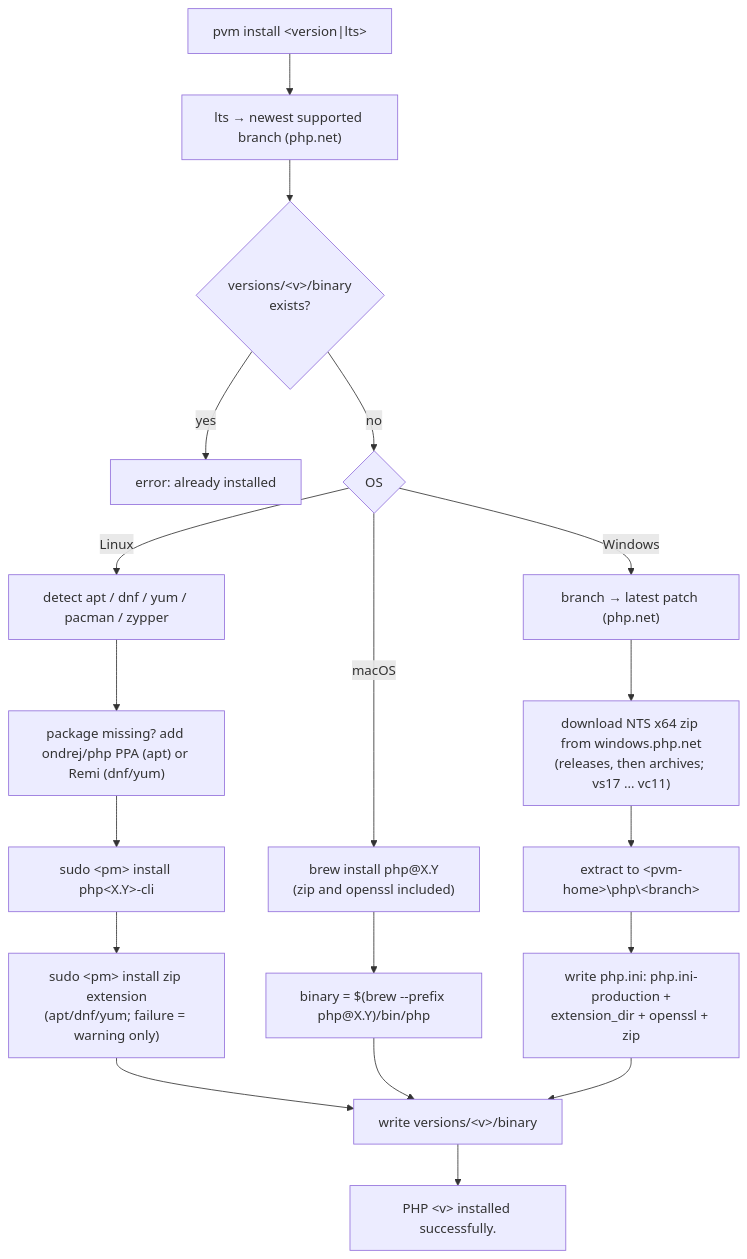
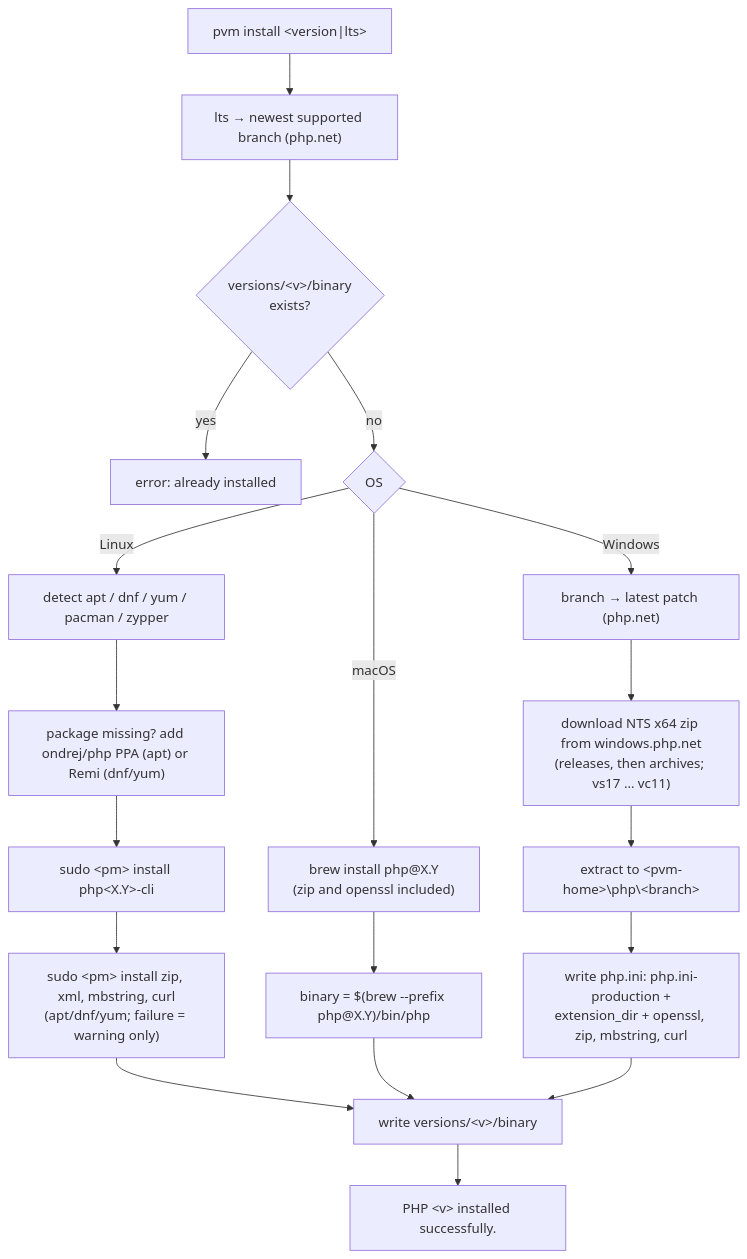
One commit to rejmann/pvm changed the second of 5 diagrams in docs/flow.md. Above: the diagram before and after it, drawn with Mermaid. The commit also changed other lines of this file and 14 other files, not shown here.

````diff
--- a/docs/flow.md
+++ b/docs/flow.md
@@ -103,19 +103,19 @@
 ```mermaid
 flowchart TD
     A["pvm install #lt;version|lts#gt;"] --> B["lts → newest supported branch (php.net)"]
     B --> C{"versions/#lt;v#gt;/binary<br/>exists?"}
     C -- yes --> X["error: already installed"]
     C -- no --> D{OS}
     D -- Linux --> L1["detect apt / dnf / yum / pacman / zypper"]
     L1 --> L2["package missing? add ondrej/php PPA (apt) or Remi (dnf/yum)"]
     L2 --> L3["sudo #lt;pm#gt; install php#lt;X.Y#gt;-cli"]
-    L3 --> L4["sudo #lt;pm#gt; install zip extension<br/>(apt/dnf/yum; failure = warning only)"]
+    L3 --> L4["sudo #lt;pm#gt; install zip, xml, mbstring, curl<br/>(apt/dnf/yum; failure = warning only)"]
     L4 --> W
     D -- macOS --> M1["brew install php@X.Y<br/>(zip and openssl included)"] --> M2["binary = $(brew --prefix php@X.Y)/bin/php"] --> W
     D -- Windows --> N1["branch → latest patch (php.net)"]
     N1 --> N2["download NTS x64 zip from windows.php.net<br/>(releases, then archives; vs17 … vc11)"]
     N2 --> N3["extract to #lt;pvm-home#gt;\php\#lt;branch#gt;"]
-    N3 --> N4["write php.ini: php.ini-production +<br/>extension_dir + openssl + zip"]
+    N3 --> N4["write php.ini: php.ini-production +<br/>extension_dir + openssl, zip, mbstring, curl"]
     N4 --> W
     W["write versions/#lt;v#gt;/binary"] --> Z["PHP #lt;v#gt; installed successfully."]
 ```
````
